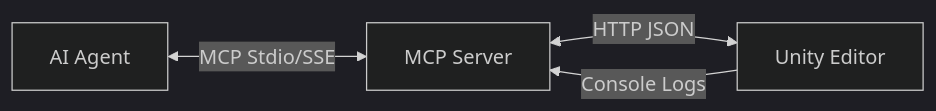
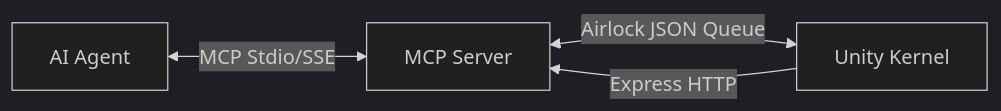
Before and after one commit to B-A-M-N/UnityVibeBridge: the diagram in AI_CONTEXT.md, drawn with Mermaid (dark theme). The commit also changed other lines of this file and 72 other files, not shown here.

First line of the commit message:
Hardened UnityVibeBridge Kernel to v1.1: Split Architecture and Stealth Workflow

````diff
--- a/AI_CONTEXT.md
+++ b/AI_CONTEXT.md
@@ -45,6 +32,6 @@
 ```mermaid
 graph LR
     A[AI Agent] <-->|MCP Stdio/SSE| B[MCP Server]
-    B <-->|HTTP JSON| C[Unity Editor]
-    C -->|Console Logs| B
+    B <-->|Airlock JSON Queue| C[Unity Kernel]
+    C -->|Express HTTP| B
 ```
````
